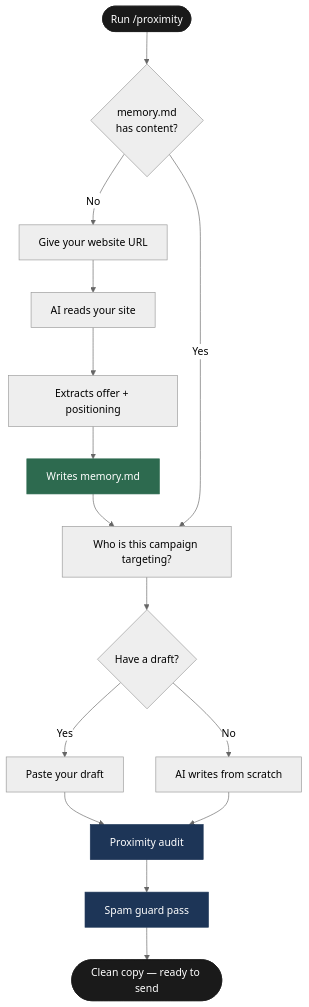
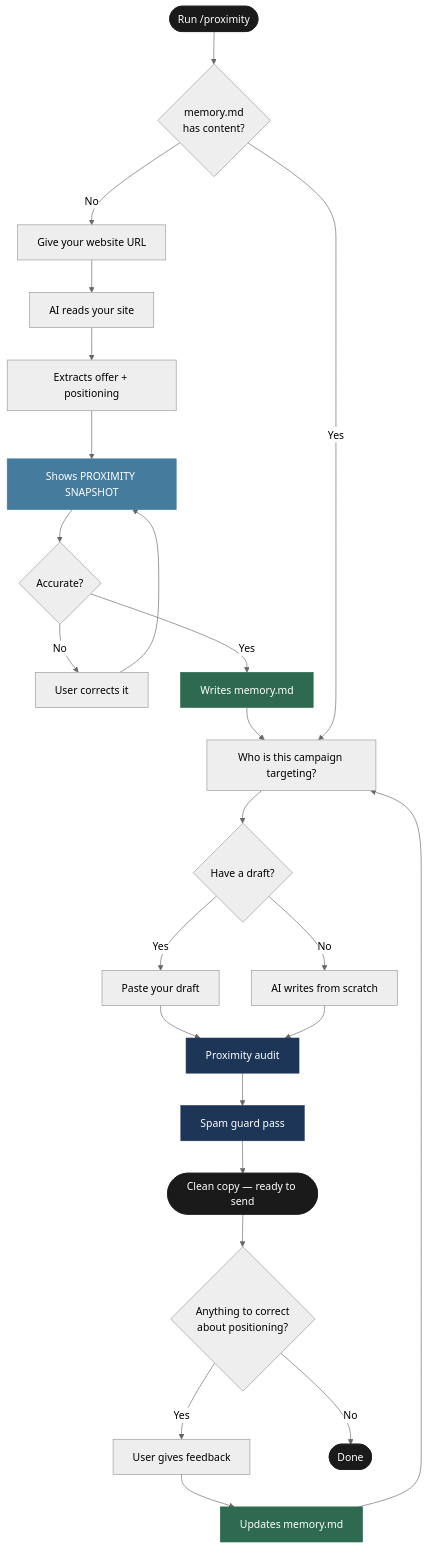
Before and after one commit to termsheetinator/proximity-cold-email: the diagram in README.md, drawn with Mermaid (neutral theme). The commit also changed other lines of this file and 5 other files, not shown here.

````diff
--- a/README.md
+++ b/README.md
@@ -62,27 +62,39 @@
 ```mermaid
 flowchart TD
     A([Run /proximity]) --> B{memory.md\nhas content?}
 
     B -- No --> C[Give your website URL]
     C --> D[AI reads your site]
     D --> E[Extracts offer + positioning]
-    E --> F[Writes memory.md]
-    F --> G
+    E --> F[Shows PROXIMITY SNAPSHOT]
+    F --> G{Accurate?}
+    G -- No --> H[User corrects it]
+    H --> F
+    G -- Yes --> I[Writes memory.md]
+    I --> J
 
-    B -- Yes --> G[Who is this campaign targeting?]
-    G --> H{Have a draft?}
+    B -- Yes --> J[Who is this campaign targeting?]
+    J --> K{Have a draft?}
 
-    H -- Yes --> I[Paste your draft]
-    H -- No --> J[AI writes from scratch]
+    K -- Yes --> L[Paste your draft]
+    K -- No --> N[AI writes from scratch]
 
-    I --> K[Proximity audit]
-    J --> K
-    K --> L[Spam guard pass]
-    L --> M([Clean copy — ready to send])
+    L --> O[Proximity audit]
+    N --> O
+    O --> P[Spam guard pass]
+    P --> Q([Clean copy — ready to send])
+    Q --> R{Anything to correct\nabout positioning?}
+    R -- Yes --> S[User gives feedback]
+    S --> T[Updates memory.md]
+    T --> J
+    R -- No --> U([Done])
 
     style A fill:#1a1a1a,color:#fff,stroke:#1a1a1a
-    style M fill:#1a1a1a,color:#fff,stroke:#1a1a1a
-    style F fill:#2d6a4f,color:#fff,stroke:#2d6a4f
-    style K fill:#1d3557,color:#fff,stroke:#1d3557
-    style L fill:#1d3557,color:#fff,stroke:#1d3557
+    style Q fill:#1a1a1a,color:#fff,stroke:#1a1a1a
+    style U fill:#1a1a1a,color:#fff,stroke:#1a1a1a
+    style I fill:#2d6a4f,color:#fff,stroke:#2d6a4f
+    style T fill:#2d6a4f,color:#fff,stroke:#2d6a4f
+    style O fill:#1d3557,color:#fff,stroke:#1d3557
+    style P fill:#1d3557,color:#fff,stroke:#1d3557
+    style F fill:#457b9d,color:#fff,stroke:#457b9d
 ```
````
